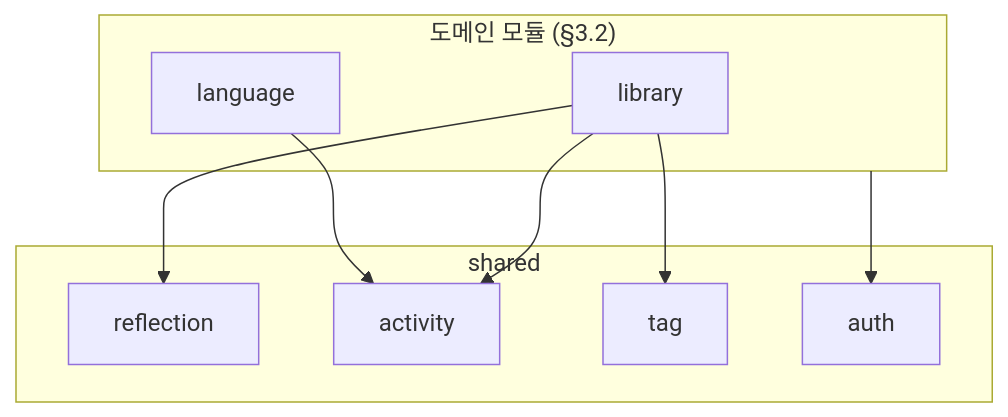
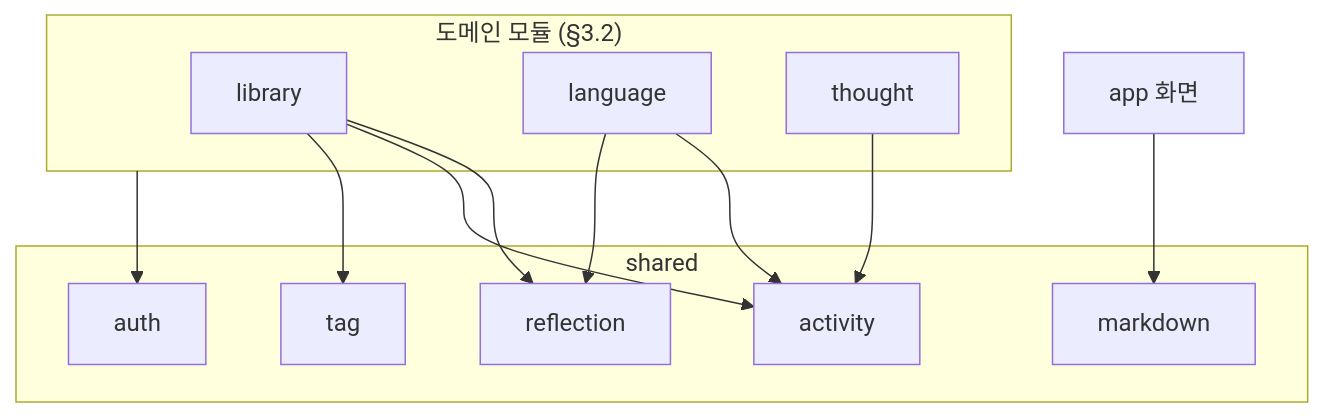
Before and after one commit to LeeSongHeon-LSH/LSHobby: the first of 5 diagrams in docs/15-dcd.md, drawn with Mermaid. The commit also changed other lines of this file and 17 other files, not shown here.

````diff
--- a/docs/15-dcd.md
+++ b/docs/15-dcd.md
@@ -11,16 +12,20 @@
 ```mermaid
 flowchart TD
     subgraph domain["도메인 모듈 (§3.2)"]
         LIB[library]
         LANG[language]
+        THO[thought]
     end
     subgraph shared["shared"]
         REF[reflection]
         ACT[activity]
         TAG[tag]
+        MD[markdown]
         AUTH[auth]
     end
     LIB --> REF & ACT & TAG
-    LANG --> ACT
+    LANG --> ACT & REF
+    THO --> ACT
     domain --> AUTH
+    APP[app 화면] --> MD
 ```
````
